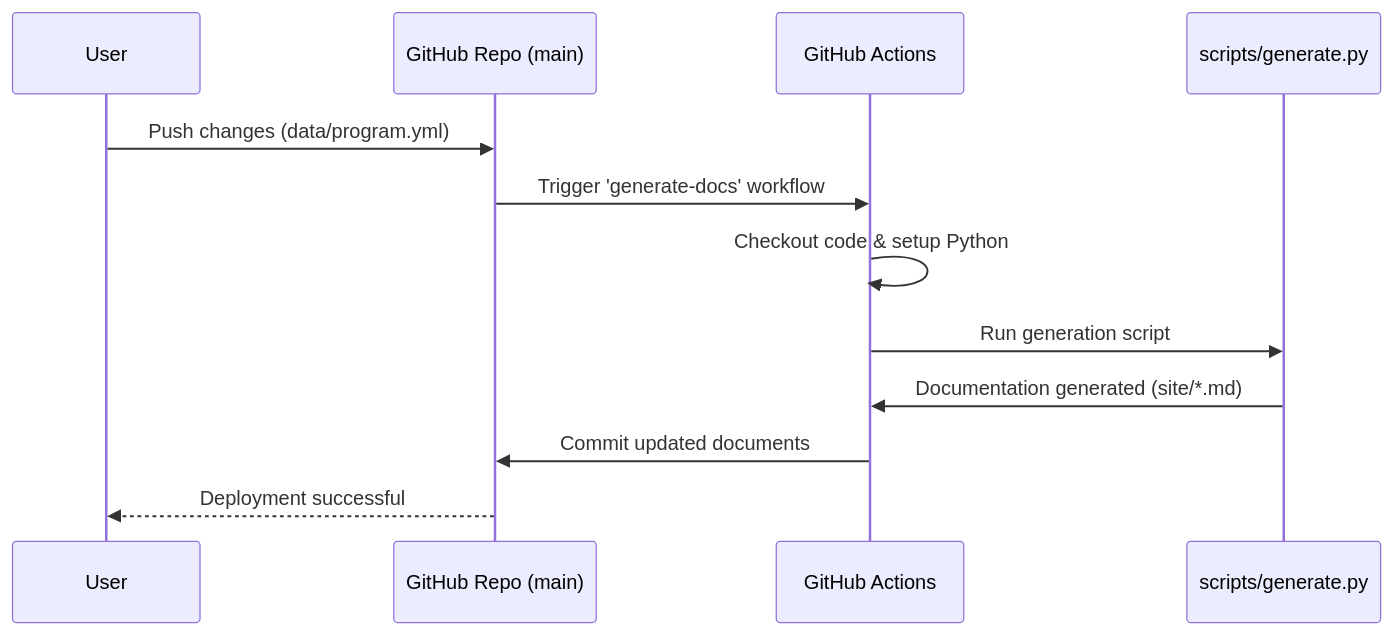
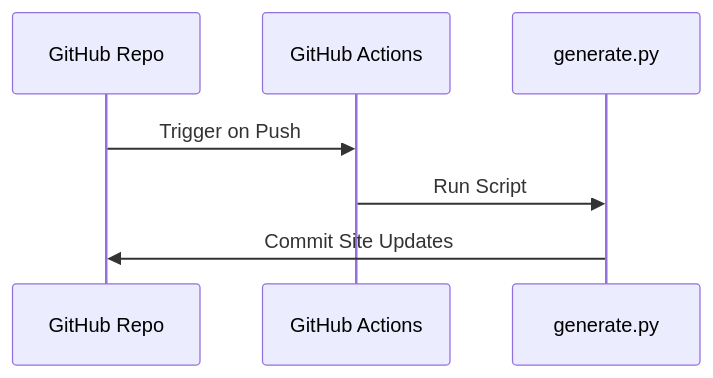
Diagram 12 of 12 in diagram-review.md (WhalerMike/uiao), drawn with Mermaid before and after one commit. The commit also changed other lines of this file, not shown here.

Commit message:
Simplify all 12 Mermaid diagrams to vanilla syntax for GitHub compatibility

````diff
--- a/diagram-review.md
+++ b/diagram-review.md
@@ -313,15 +152,9 @@
 ```mermaid
 sequenceDiagram
-  participant User
-  participant Git as GitHub Repo (main)
-  participant GA as GitHub Actions
-  participant Py as scripts/generate.py
-
-  User->>Git: Push changes (data/program.yml)
-  Git->>GA: Trigger 'generate-docs' workflow
-  GA->>GA: Checkout code & setup Python
-  GA->>Py: Run generation script
-  Py->>GA: Documentation generated (site/*.md)
-  GA->>Git: Commit updated documents
-  Git-->>User: Deployment successful
+    participant Git as GitHub Repo
+    participant GA as GitHub Actions
+    participant Py as generate.py
+    Git->>GA: Trigger on Push
+    GA->>Py: Run Script
+    Py->>Git: Commit Site Updates
 ```
````
